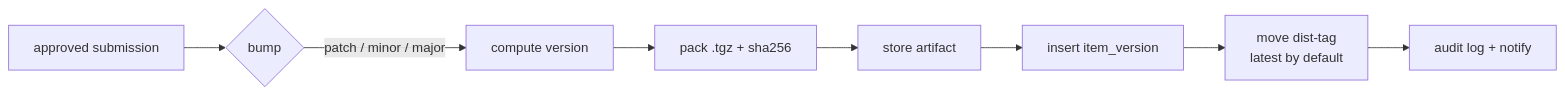
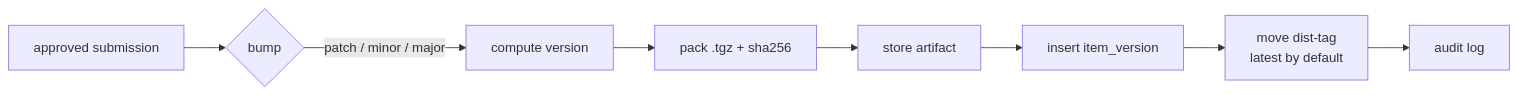
The second of 2 diagrams in docs/MVP/MVP.md (ronneai/ronne-marketplace), drawn with Mermaid before and after one commit. The commit also changed other lines of this file and 23 other files, not shown here.

````diff
--- a/docs/MVP/MVP.md
+++ b/docs/MVP/MVP.md
@@ -253,10 +285,10 @@
 ```mermaid
 flowchart LR
     A[approved submission] --> B{bump}
     B -->|patch / minor / major| C[compute version]
     C --> D[pack .tgz + sha256]
     D --> E[store artifact]
     E --> F[insert item_version]
     F --> G[move dist-tag<br/>latest by default]
-    G --> H[audit log + notify]
+    G --> H[audit log]
 ```
````
